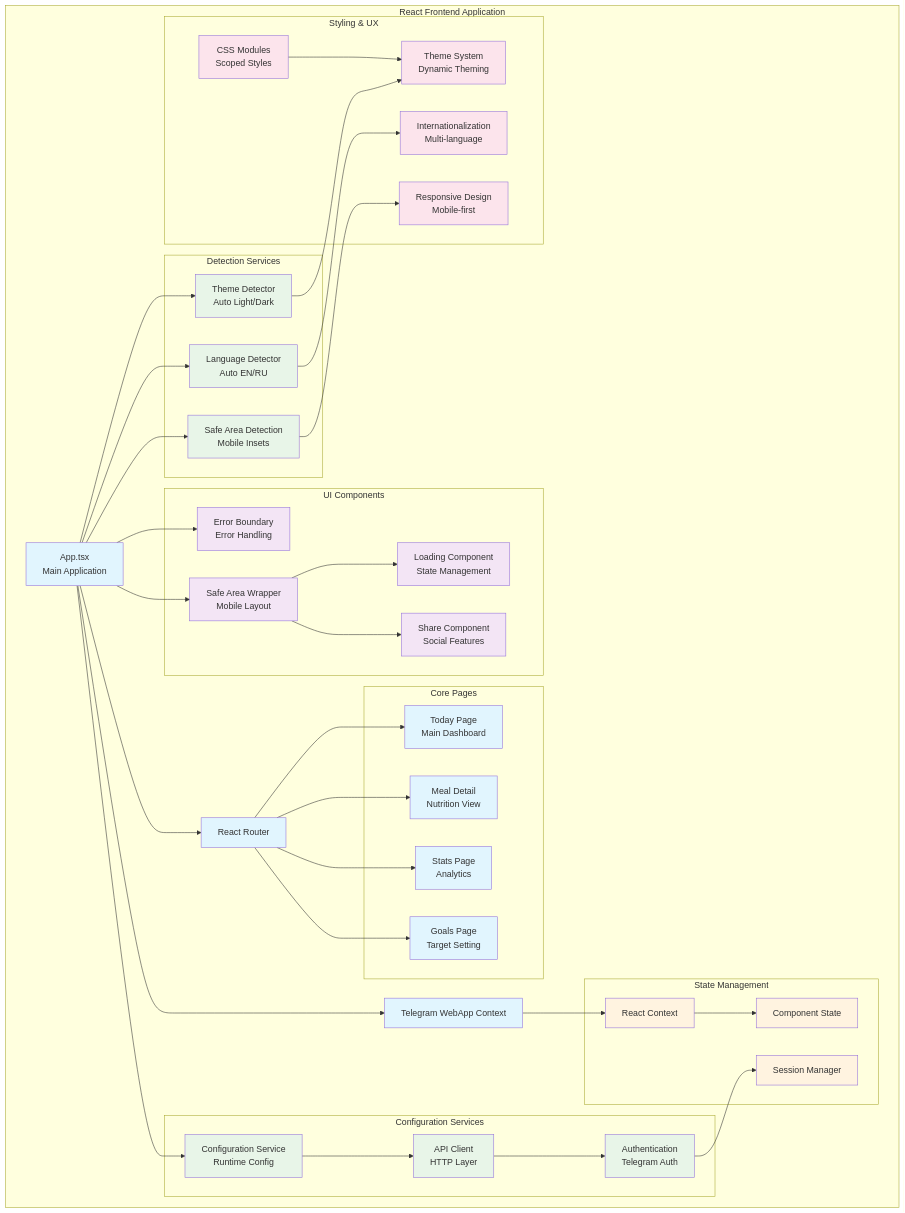
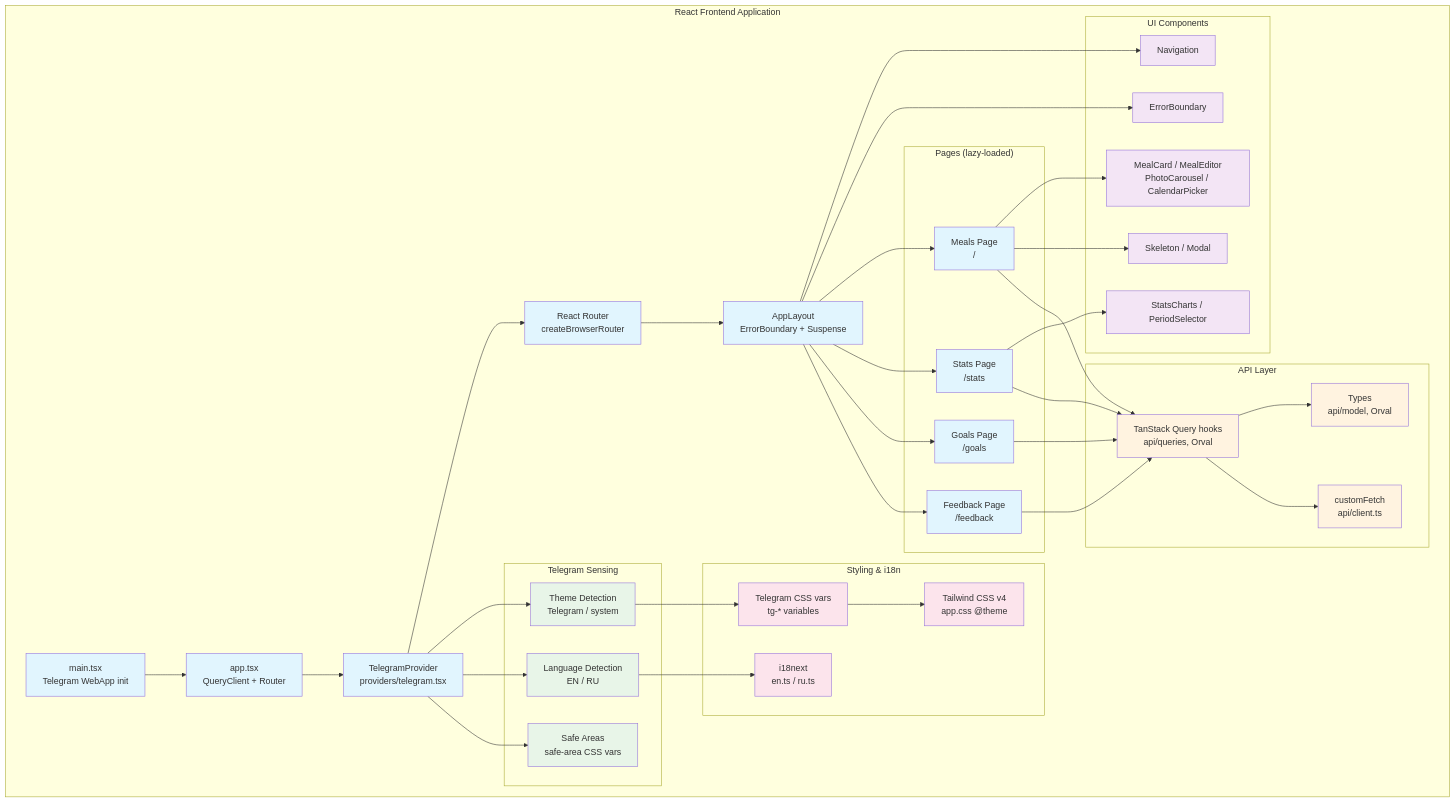
Before and after one commit to gofrolist/calorie-track-ai-bot-api: the third of 14 diagrams in docs/ARCHITECTURE.md, drawn with Mermaid. The commit also changed other lines of this file and 49 other files, not shown here.

First line of the commit message:
docs: align documentation with current code and architecture

````diff
--- a/docs/ARCHITECTURE.md
+++ b/docs/ARCHITECTURE.md
@@ -159,86 +152,82 @@
 ```mermaid
 graph TD
     subgraph "React Frontend Application"
-        APP[App.tsx<br/>Main Application]
-        ROUTER[React Router]
-        CONTEXT[Telegram WebApp Context]
+        MAIN[main.tsx<br/>Telegram WebApp init]
+        APP[app.tsx<br/>QueryClient + Router]
+        ROUTER[React Router<br/>createBrowserRouter]
+        TG_PROVIDER[TelegramProvider<br/>providers/telegram.tsx]
+        LAYOUT[AppLayout<br/>ErrorBoundary + Suspense]
 
-        subgraph "Core Pages"
-            TODAY[Today Page<br/>Main Dashboard]
-            MEAL[Meal Detail<br/>Nutrition View]
-            STATS[Stats Page<br/>Analytics]
-            GOALS[Goals Page<br/>Target Setting]
+        subgraph "Pages (lazy-loaded)"
+            MEALS[Meals Page<br/>/]
+            STATS[Stats Page<br/>/stats]
+            GOALS[Goals Page<br/>/goals]
+            FEEDBACK[Feedback Page<br/>/feedback]
         end
 
         subgraph "UI Components"
-            ERROR[Error Boundary<br/>Error Handling]
-            LOADING[Loading Component<br/>State Management]
-            SHARE[Share Component<br/>Social Features]
-            SAFE_AREA[Safe Area Wrapper<br/>Mobile Layout]
+            NAV[Navigation]
+            ERROR[ErrorBoundary]
+            MEAL_UI[MealCard / MealEditor<br/>PhotoCarousel / CalendarPicker]
+            STATS_UI[StatsCharts / PeriodSelector]
+            PRIMITIVES[Skeleton / Modal]
         end
 
-        subgraph "Detection Services"
-            THEME_DETECT[Theme Detector<br/>Auto Light/Dark]
-            LANG_DETECT[Language Detector<br/>Auto EN/RU]
-            SAFE_DETECT[Safe Area Detection<br/>Mobile Insets]
+        subgraph "Telegram Sensing"
+            THEME_DETECT[Theme Detection<br/>Telegram / system]
+            LANG_DETECT[Language Detection<br/>EN / RU]
+            SAFE_DETECT[Safe Areas<br/>safe-area CSS vars]
         end
 
-        subgraph "Configuration Services"
-            CONFIG_SVC[Configuration Service<br/>Runtime Config]
-            API_CLIENT[API Client<br/>HTTP Layer]
-            AUTH_MGR[Authentication<br/>Telegram Auth]
+        subgraph "API Layer"
+            QUERIES[TanStack Query hooks<br/>api/queries, Orval]
+            MODELS[Types<br/>api/model, Orval]
+            CLIENT[customFetch<br/>api/client.ts]
         end
 
-        subgraph "State Management"
-            CONTEXT_API[React Context]
-            LOCAL_STATE[Component State]
-            SESSION_MGR[Session Manager]
-        end
-
-        subgraph "Styling & UX"
-            CSS_MODULES[CSS Modules<br/>Scoped Styles]
-            THEME_SYS[Theme System<br/>Dynamic Theming]
-            I18N[Internationalization<br/>Multi-language]
-            RESPONSIVE[Responsive Design<br/>Mobile-first]
+        subgraph "Styling & i18n"
+            TAILWIND[Tailwind CSS v4<br/>app.css @theme]
+            TG_VARS[Telegram CSS vars<br/>tg-* variables]
+            I18N[i18next<br/>en.ts / ru.ts]
         end
     end
 
     %% Main app flow
-    APP --> ROUTER
-    APP --> CONTEXT
-    APP --> ERROR
+    MAIN --> APP
+    APP --> TG_PROVIDER
+    TG_PROVIDER --> ROUTER
+    ROUTER --> LAYOUT
+    LAYOUT --> NAV
+    LAYOUT --> ERROR
 
     %% Router connections
-    ROUTER --> TODAY
-    ROUTER --> MEAL
-    ROUTER --> STATS
-    ROUTER --> GOALS
+    LAYOUT --> MEALS
+    LAYOUT --> STATS
+    LAYOUT --> GOALS
+    LAYOUT --> FEEDBACK
 
-    %% Component integration
-    APP --> SAFE_AREA
-    SAFE_AREA --> LOADING
-    SAFE_AREA --> SHARE
+    %% Component usage
+    MEALS --> MEAL_UI
+    STATS --> STATS_UI
+    MEALS --> PRIMITIVES
 
-    %% Detection services
-    APP --> THEME_DETECT
-    APP --> LANG_DETECT
-    APP --> SAFE_DETECT
+    %% Telegram sensing
+    TG_PROVIDER --> THEME_DETECT
+    TG_PROVIDER --> LANG_DETECT
+    TG_PROVIDER --> SAFE_DETECT
 
-    %% Configuration services
-    APP --> CONFIG_SVC
-    CONFIG_SVC --> API_CLIENT
-    API_CLIENT --> AUTH_MGR
-
-    %% State management
-    CONTEXT --> CONTEXT_API
-    CONTEXT_API --> LOCAL_STATE
-    AUTH_MGR --> SESSION_MGR
+    %% Data fetching
+    MEALS --> QUERIES
+    STATS --> QUERIES
+    GOALS --> QUERIES
+    FEEDBACK --> QUERIES
+    QUERIES --> MODELS
+    QUERIES --> CLIENT
 
     %% Styling connections
-    THEME_DETECT --> THEME_SYS
+    THEME_DETECT --> TG_VARS
+    TG_VARS --> TAILWIND
     LANG_DETECT --> I18N
-    SAFE_DETECT --> RESPONSIVE
-    CSS_MODULES --> THEME_SYS
 
     %% Styling
     classDef core fill:#e1f5fe
@@ -247,9 +236,9 @@
     classDef state fill:#fff3e0
     classDef styling fill:#fce4ec
 
-    class APP,ROUTER,CONTEXT,TODAY,MEAL,STATS,GOALS core
-    class ERROR,LOADING,SHARE,SAFE_AREA components
-    class THEME_DETECT,LANG_DETECT,SAFE_DETECT,CONFIG_SVC,API_CLIENT,AUTH_MGR services
-    class CONTEXT_API,LOCAL_STATE,SESSION_MGR state
-    class CSS_MODULES,THEME_SYS,I18N,RESPONSIVE styling
+    class MAIN,APP,ROUTER,TG_PROVIDER,LAYOUT,MEALS,STATS,GOALS,FEEDBACK core
+    class NAV,ERROR,MEAL_UI,STATS_UI,PRIMITIVES components
+    class THEME_DETECT,LANG_DETECT,SAFE_DETECT services
+    class QUERIES,MODELS,CLIENT state
+    class TAILWIND,TG_VARS,I18N styling
 ```
````
